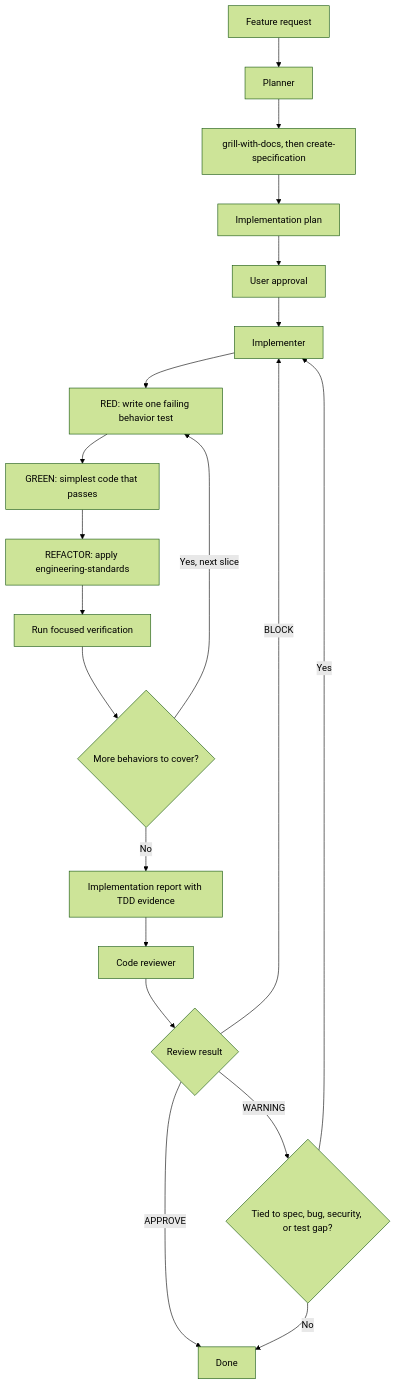
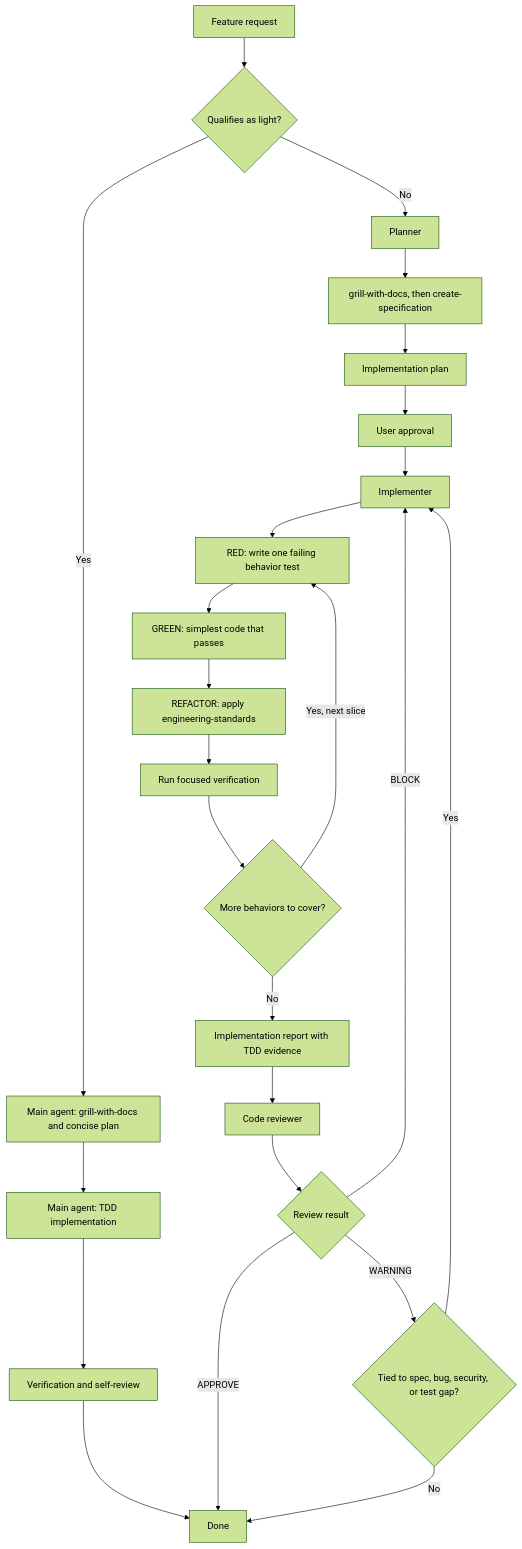
Before and after one commit to aloilor/lean-coding-agent: the second of 4 diagrams in README.md, drawn with Mermaid (forest theme). The commit also changed other lines of this file and 10 other files, not shown here.

Commit message:
feat(workflows): add light feature development workflow

````diff
--- a/README.md
+++ b/README.md
@@ -57,22 +57,27 @@
 ```mermaid
 flowchart TD
-    A[Feature request] --> B[Planner]
-    B --> C[grill-with-docs, then create-specification]
-    C --> D[Implementation plan]
-    D --> E[User approval]
-    E --> F[Implementer]
+    A[Feature request] --> B{Qualifies as light?}
+    B -->|Yes| C[Main agent: grill-with-docs and concise plan]
+    C --> D[Main agent: TDD implementation]
+    D --> E[Verification and self-review]
+    E --> O[Done]
+    B -->|No| Q[Planner]
+    Q --> R[grill-with-docs, then create-specification]
+    R --> S[Implementation plan]
+    S --> T[User approval]
+    T --> F[Implementer]
     F --> G[RED: write one failing behavior test]
     G --> H[GREEN: simplest code that passes]
     H --> I[REFACTOR: apply engineering-standards]
     I --> J[Run focused verification]
     J --> K{More behaviors to cover?}
     K -->|Yes, next slice| G
     K -->|No| L[Implementation report with TDD evidence]
     L --> M[Code reviewer]
     M --> N{Review result}
     N -->|APPROVE| O[Done]
     N -->|BLOCK| F
     N -->|WARNING| P{Tied to spec, bug, security, or test gap?}
     P -->|Yes| F
     P -->|No| O
 ```
````
